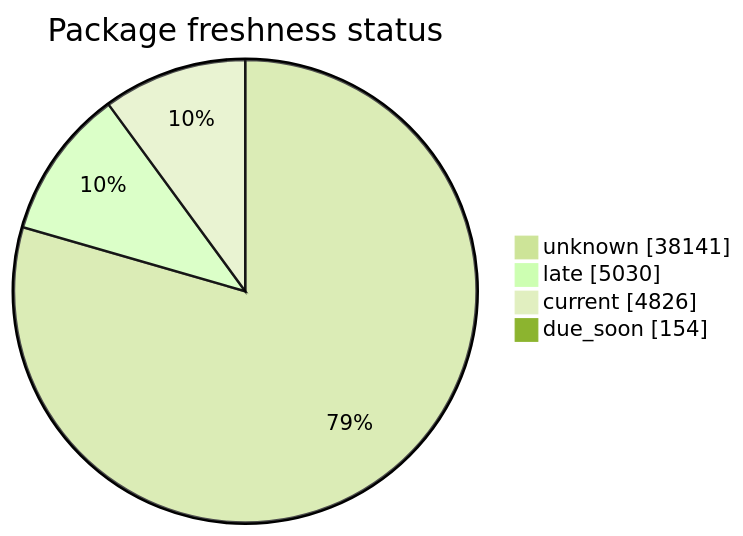
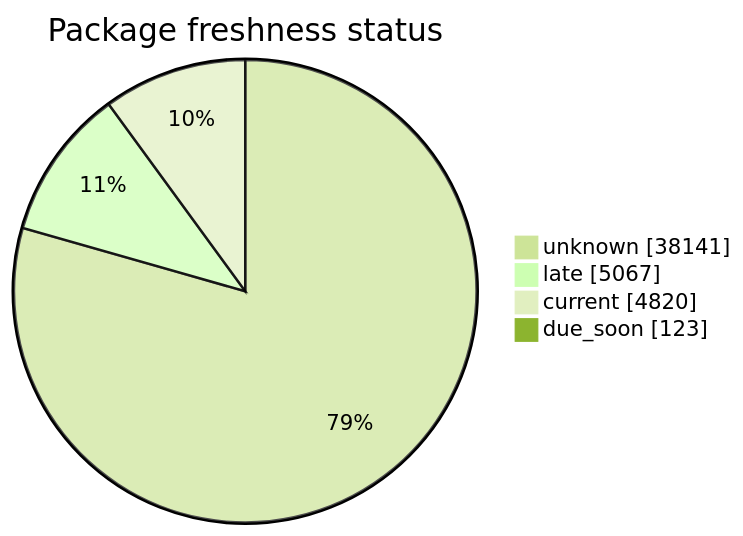
One commit to open-data/analytics-corporate-reporting changed the second of 5 diagrams in FreshCheck/README.md. Above: the diagram before and after it, drawn with Mermaid (forest theme). The commit also changed other lines of this file and 3 other files, not shown here.

````diff
--- a/FreshCheck/README.md
+++ b/FreshCheck/README.md
@@ -68,7 +68,7 @@
 ```mermaid
 pie showData title Package freshness status
     "unknown": 38141
-    "late": 5030
-    "current": 4826
-    "due_soon": 154
+    "late": 5067
+    "current": 4820
+    "due_soon": 123
 ```
````
